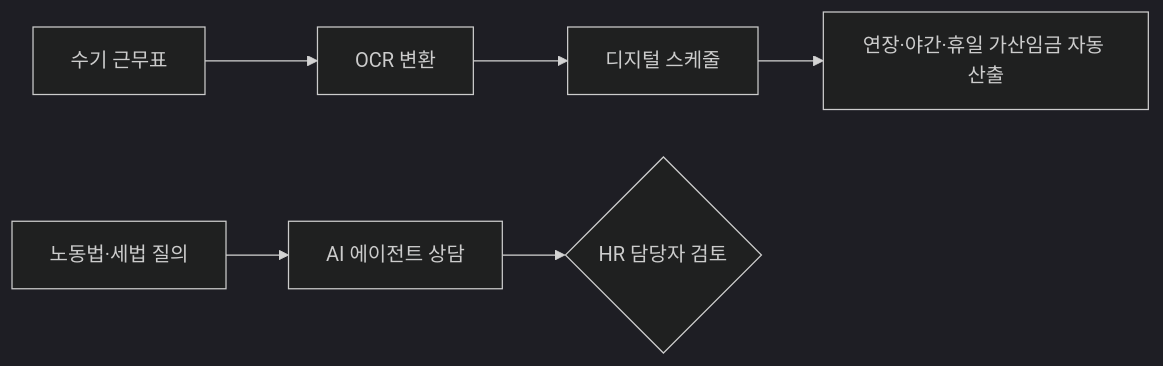
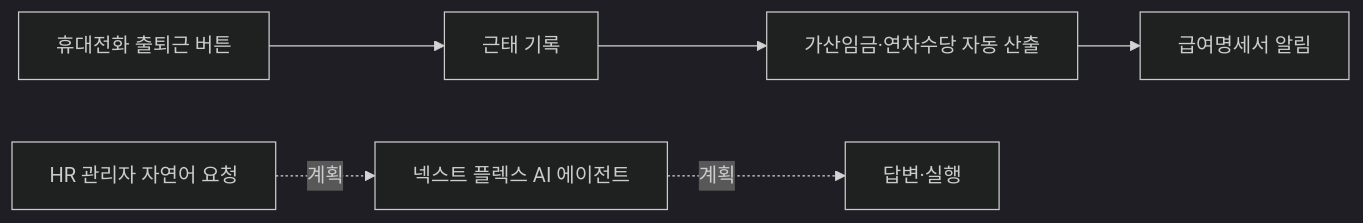
One commit to jameskim1st/hr-ai-benchmark changed the diagram in wiki/usecases/flex-korea-hr-ai-saas.md. Above: the diagram before and after it, drawn with Mermaid (dark theme). The commit also changed other lines of this file and 222 other files, not shown here.

````diff
--- a/wiki/usecases/flex-korea-hr-ai-saas.md
+++ b/wiki/usecases/flex-korea-hr-ai-saas.md
@@ -65,8 +65,8 @@
 ```mermaid
 flowchart LR
-    A[수기 근무표] --> B[OCR 변환]
-    B --> C[디지털 스케줄]
-    C --> D[연장·야간·휴일 가산임금 자동 산출]
-    E[노동법·세법 질의] --> F[AI 에이전트 상담]
-    F --> G{HR 담당자 검토}
+    A[휴대전화 출퇴근 버튼] --> B[근태 기록]
+    B --> C[가산임금·연차수당 자동 산출]
+    C --> D[급여명세서 알림]
+    E[HR 관리자 자연어 요청] -.->|계획| F[넥스트 플렉스 AI 에이전트]
+    F -.->|계획| G[답변·실행]
 ```
````
